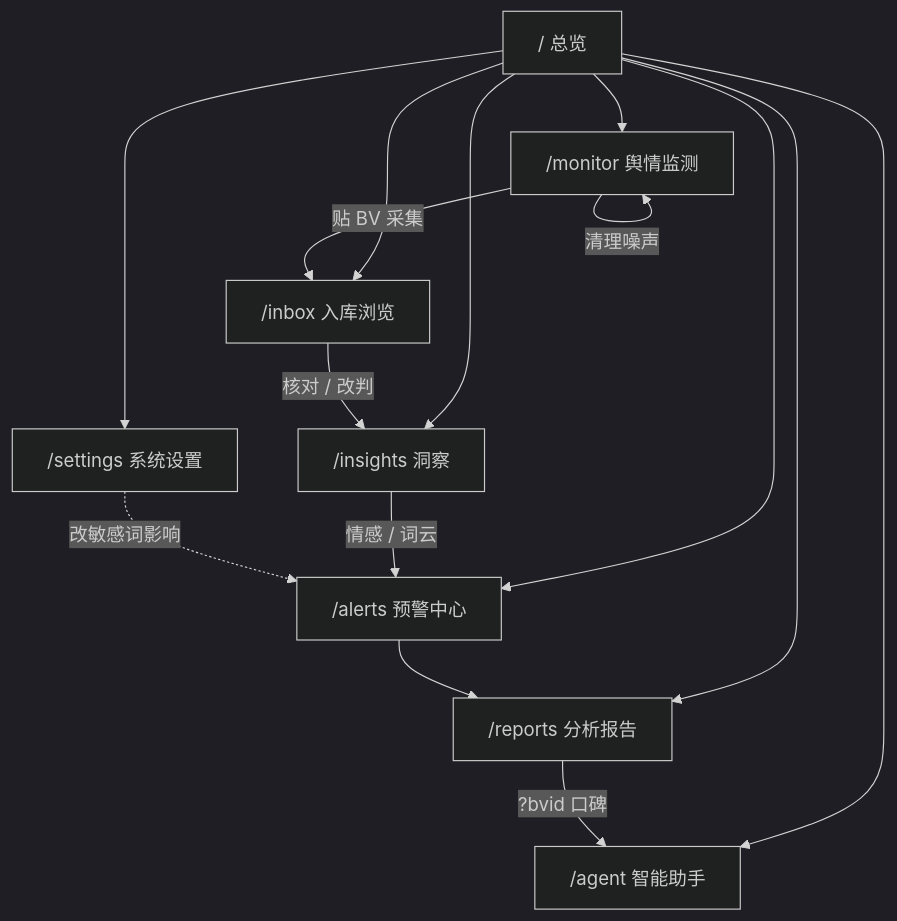
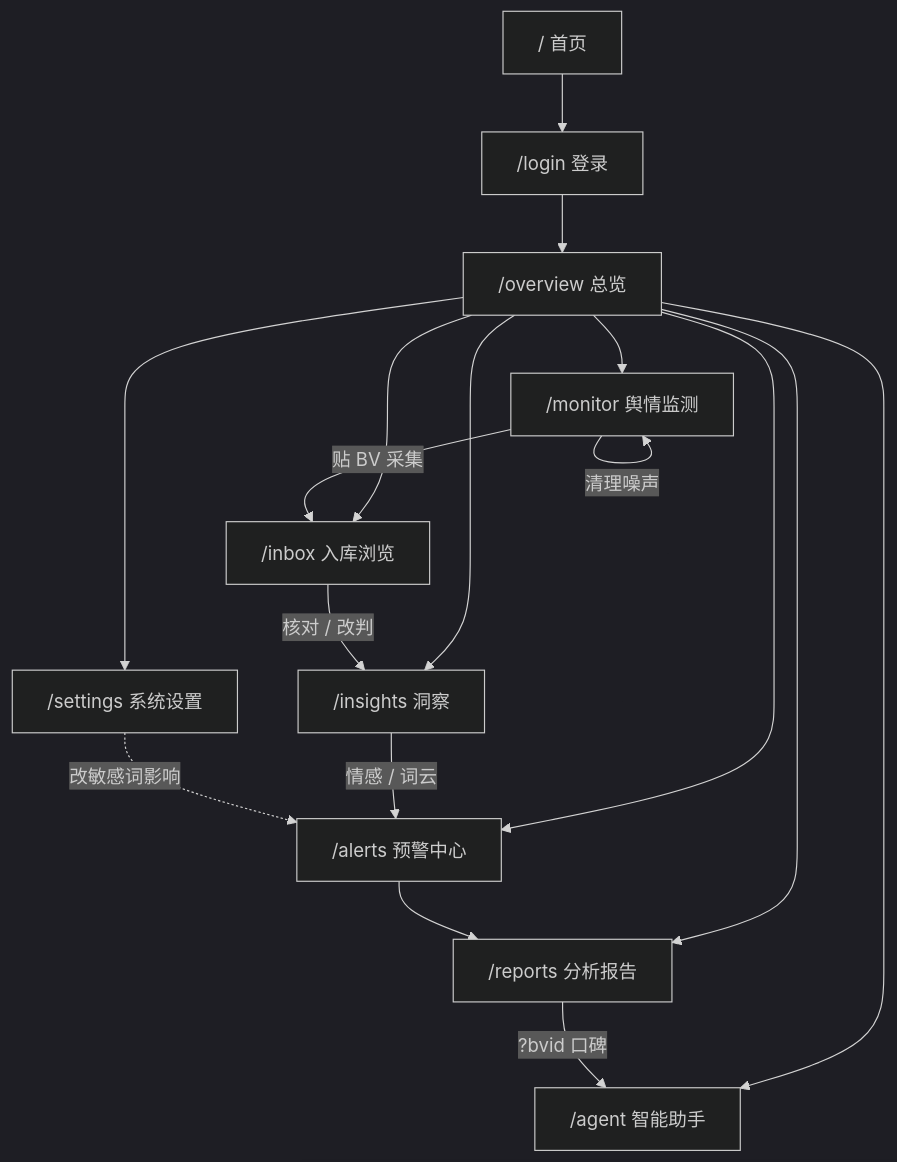
One commit to LinJJ12/yuqing changed diagram 13 of 13 in docs/diagrams.md. Above: the diagram before and after it, drawn with Mermaid (dark theme). The commit also changed other lines of this file and 10 other files, not shown here.

````diff
--- a/docs/diagrams.md
+++ b/docs/diagrams.md
@@ -394,18 +395,20 @@
 ```mermaid
 flowchart TB
-    O["/ 总览"] --> M["/monitor 舆情监测"]
+    H["/ 首页"] --> L["/login 登录"]
+    L --> O["/overview 总览"]
+    O --> M["/monitor 舆情监测"]
     O --> I["/inbox 入库浏览"]
     O --> INS["/insights 洞察"]
     O --> A["/alerts 预警中心"]
     O --> R["/reports 分析报告"]
     O --> AG["/agent 智能助手"]
     O --> SET["/settings 系统设置"]
 
     M -->|贴 BV 采集| I
     M -->|清理噪声| M
     I -->|核对 / 改判| INS
     INS -->|情感 / 词云| A
     R -->|?bvid 口碑| AG
     A --> R
     SET -.->|改敏感词影响| A
 ```
````
